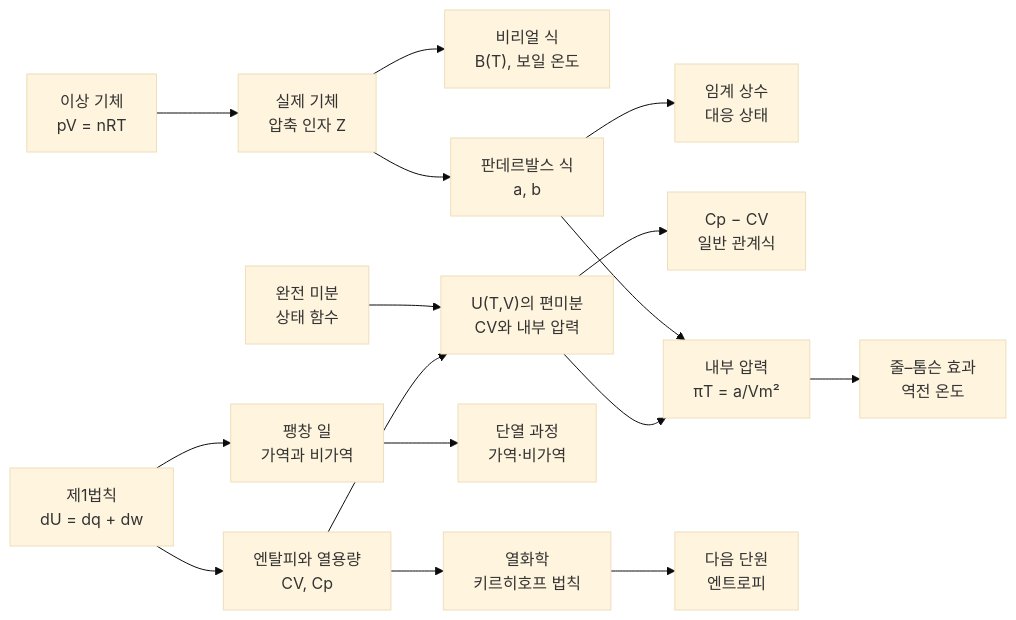
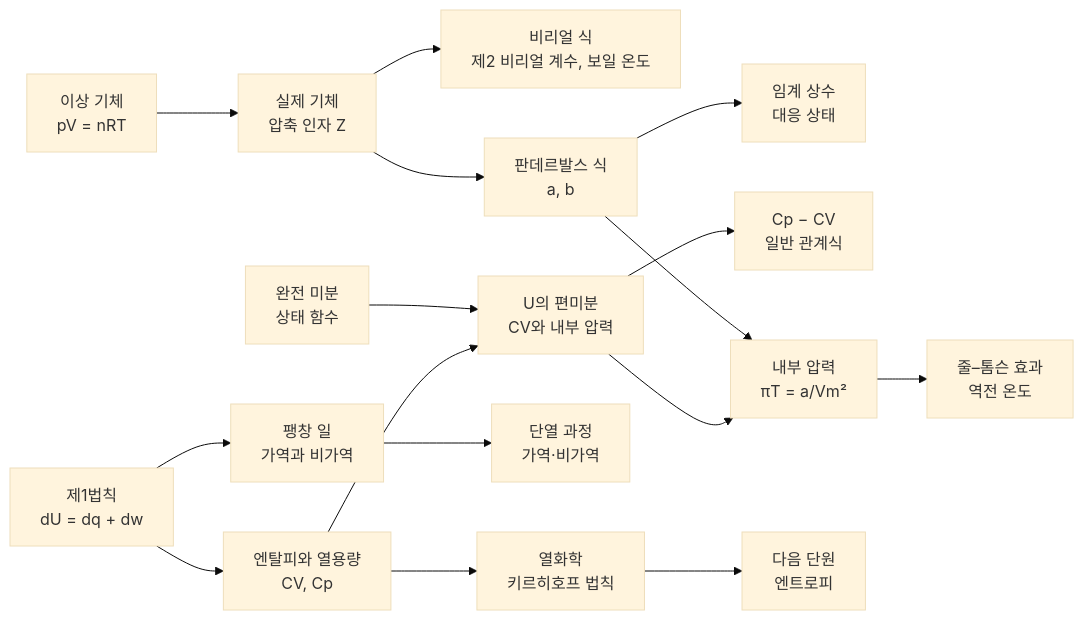
Before and after one commit to EricKOR1/sciencebook: the diagram in 대학_전공과정/물리화학/pchem-1_기체의_성질과_열역학_제1법칙.md, drawn with Mermaid (base theme). The commit also changed other lines of this file, not shown here.

````diff
--- a/대학_전공과정/물리화학/pchem-1_기체의_성질과_열역학_제1법칙.md
+++ b/대학_전공과정/물리화학/pchem-1_기체의_성질과_열역학_제1법칙.md
@@ -47,18 +47,18 @@
 ```mermaid
 flowchart LR
     A["이상 기체<br/>pV = nRT"] --> B["실제 기체<br/>압축 인자 Z"]
-    B --> C["비리얼 식<br/>B(T), 보일 온도"]
+    B --> C["비리얼 식<br/>제2 비리얼 계수, 보일 온도"]
     B --> D["판데르발스 식<br/>a, b"]
     D --> E["임계 상수<br/>대응 상태"]
     F["제1법칙<br/>dU = dq + dw"] --> G["팽창 일<br/>가역과 비가역"]
     F --> H["엔탈피와 열용량<br/>CV, Cp"]
-    I["완전 미분<br/>상태 함수"] --> J["U(T,V)의 편미분<br/>CV와 내부 압력"]
+    I["완전 미분<br/>상태 함수"] --> J["U의 편미분<br/>CV와 내부 압력"]
     H --> J
     J --> K["Cp − CV<br/>일반 관계식"]
     G --> L["단열 과정<br/>가역·비가역"]
     D --> M["내부 압력<br/>πT = a/Vm²"]
     J --> M
     M --> N["줄–톰슨 효과<br/>역전 온도"]
     H --> O["열화학<br/>키르히호프 법칙"]
     O --> P["다음 단원<br/>엔트로피"]
 ```
````
